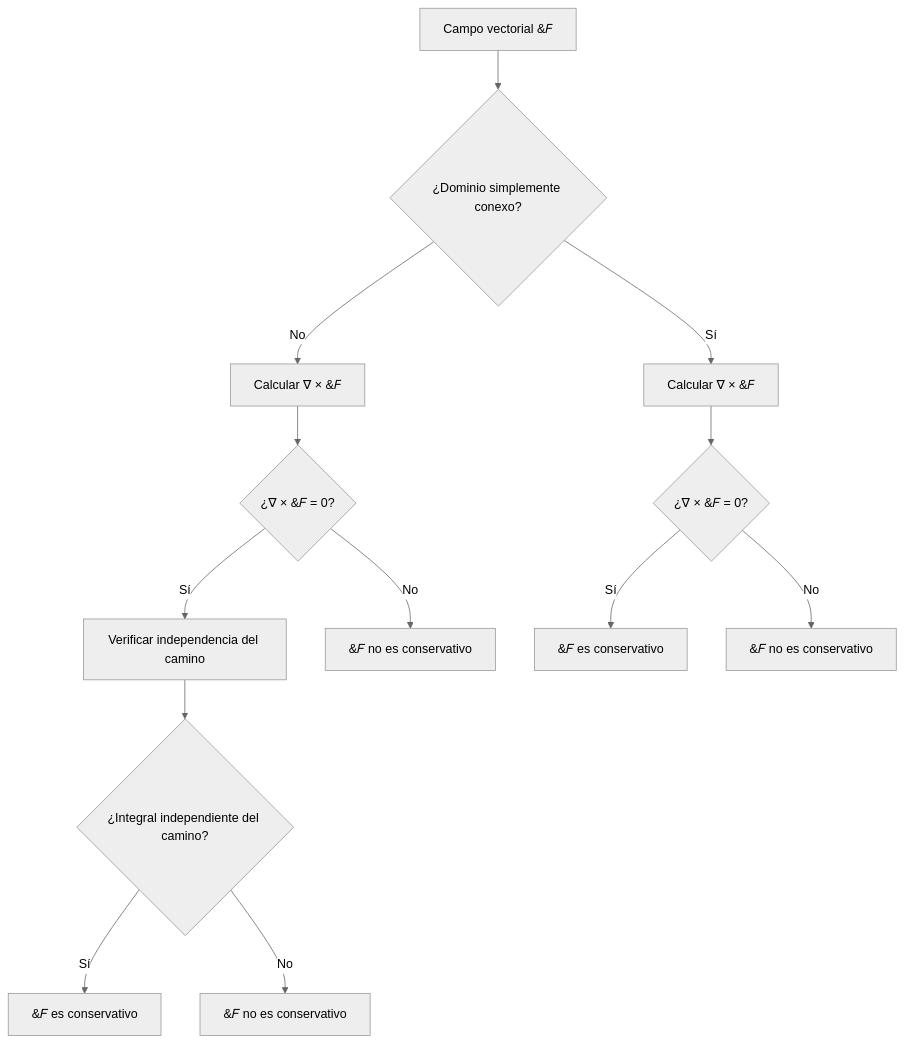
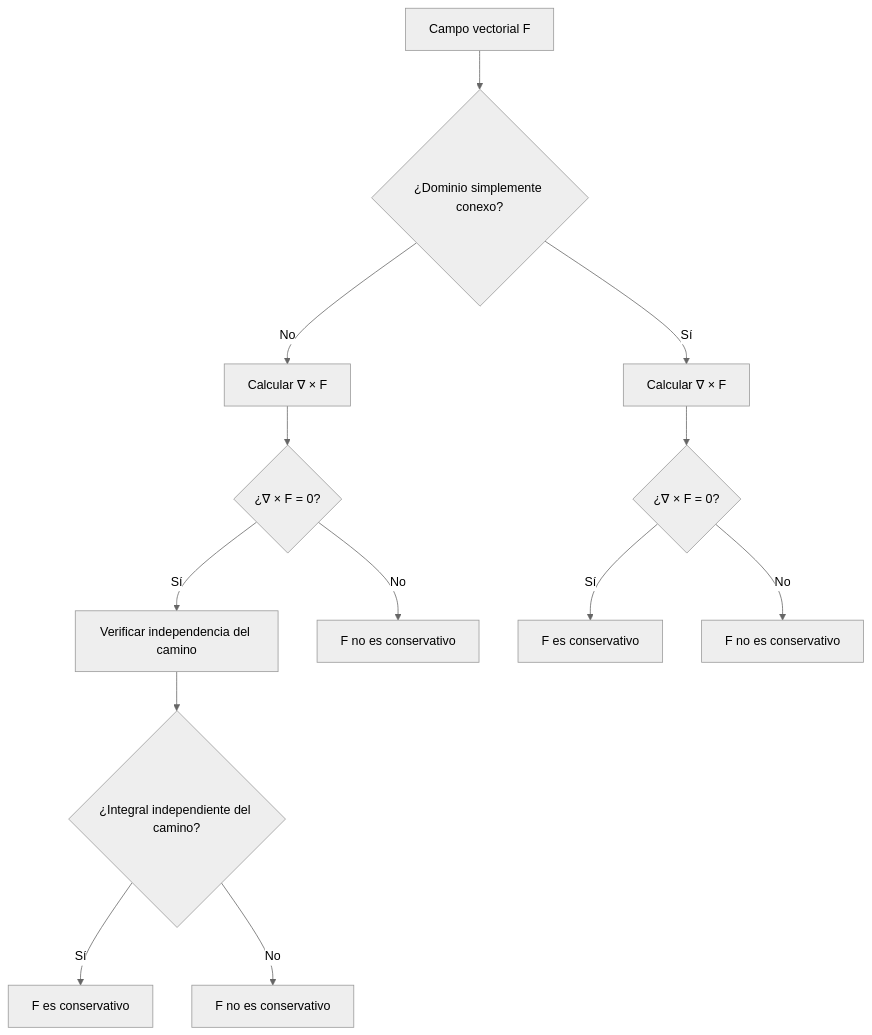
One commit to djaimej/computer-science-template changed the second of 2 diagrams in public/documents/semester-3/2/3243.md. Above: the diagram before and after it, drawn with Mermaid (neutral theme). The commit also changed other lines of this file and 21 other files, not shown here.

````diff
--- a/public/documents/semester-3/2/3243.md
+++ b/public/documents/semester-3/2/3243.md
@@ -223,19 +237,19 @@
 ```mermaid
 flowchart TD
-    Start[Campo vectorial &#119865;] --> CheckDomain{¿Dominio simplemente conexo?}
-    CheckDomain -->|No| CheckRot[Calcular ∇ × &#119865;]
-    CheckDomain -->|Sí| CheckRot2[Calcular ∇ × &#119865;]
+    Start[Campo vectorial F] --> CheckDomain{¿Dominio simplemente conexo?}
+    CheckDomain -->|No| CheckRot[Calcular ∇ × F]
+    CheckDomain -->|Sí| CheckRot2[Calcular ∇ × F]
 
-    CheckRot --> IsZero{¿∇ × &#119865; = 0?}
-    CheckRot2 --> IsZero2{¿∇ × &#119865; = 0?}
+    CheckRot --> IsZero{¿∇ × F = 0?}
+    CheckRot2 --> IsZero2{¿∇ × F = 0?}
 
     IsZero -->|Sí| CheckPathIndep[Verificar independencia del camino]
-    IsZero -->|No| NotConservative[&#119865; no es conservativo]
+    IsZero -->|No| NotConservative[F no es conservativo]
 
-    IsZero2 -->|Sí| Conservative[&#119865; es conservativo]
-    IsZero2 -->|No| NotConservative2[&#119865; no es conservativo]
+    IsZero2 -->|Sí| Conservative[F es conservativo]
+    IsZero2 -->|No| NotConservative2[F no es conservativo]
 
     CheckPathIndep --> PathIndep{¿Integral independiente del camino?}
-    PathIndep -->|Sí| Conservative2[&#119865; es conservativo]
-    PathIndep -->|No| NotConservative3[&#119865; no es conservativo]
+    PathIndep -->|Sí| Conservative2[F es conservativo]
+    PathIndep -->|No| NotConservative3[F no es conservativo]
 ```
````
